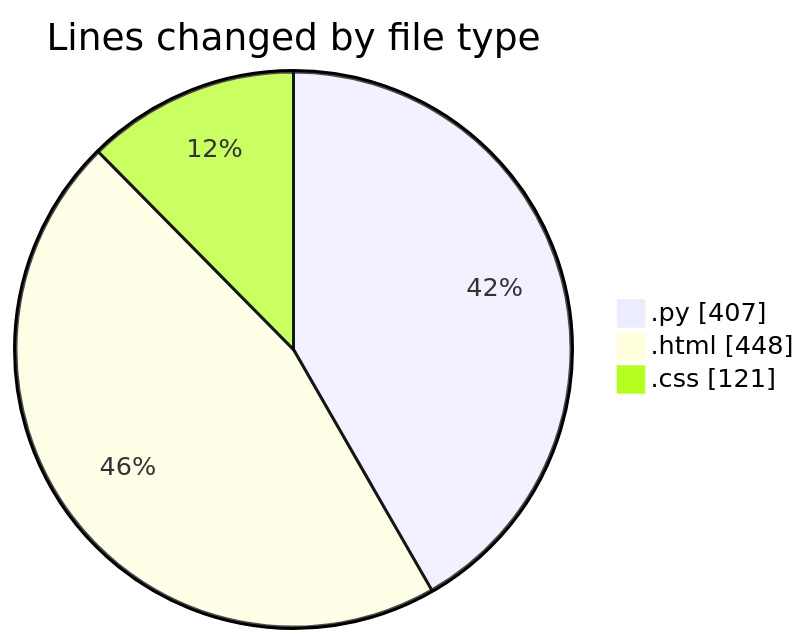
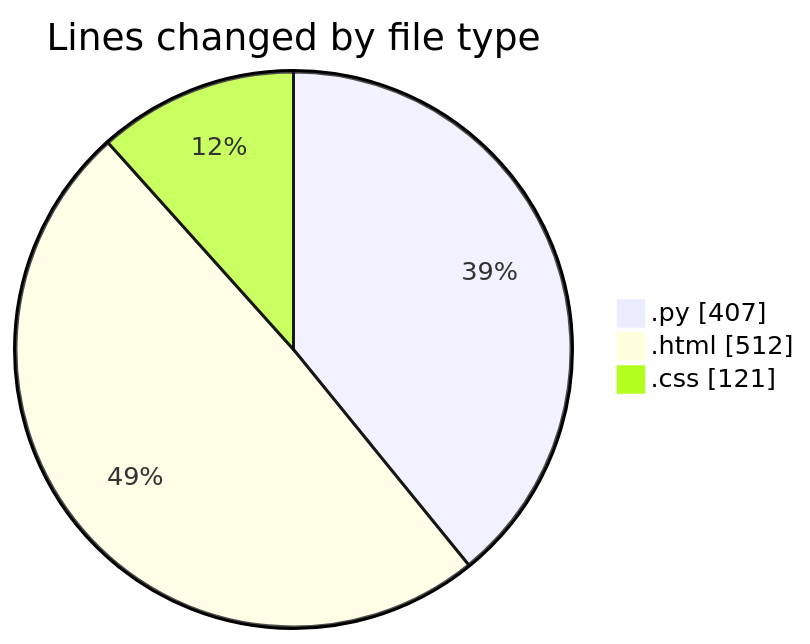
Before and after one commit to Elitesun/code-tracking: the first of 2 diagrams in 2025-01-31/flask/README.md, drawn with Mermaid. The commit also changed other lines of this file and 1 other file, not shown here.

````diff
--- a/2025-01-31/flask/README.md
+++ b/2025-01-31/flask/README.md
@@ -25,7 +25,7 @@
 ```mermaid
 pie showData
 title Lines changed by file type
 ".py" : 407
-".html" : 448
+".html" : 512
 ".css" : 121
 ```
````
